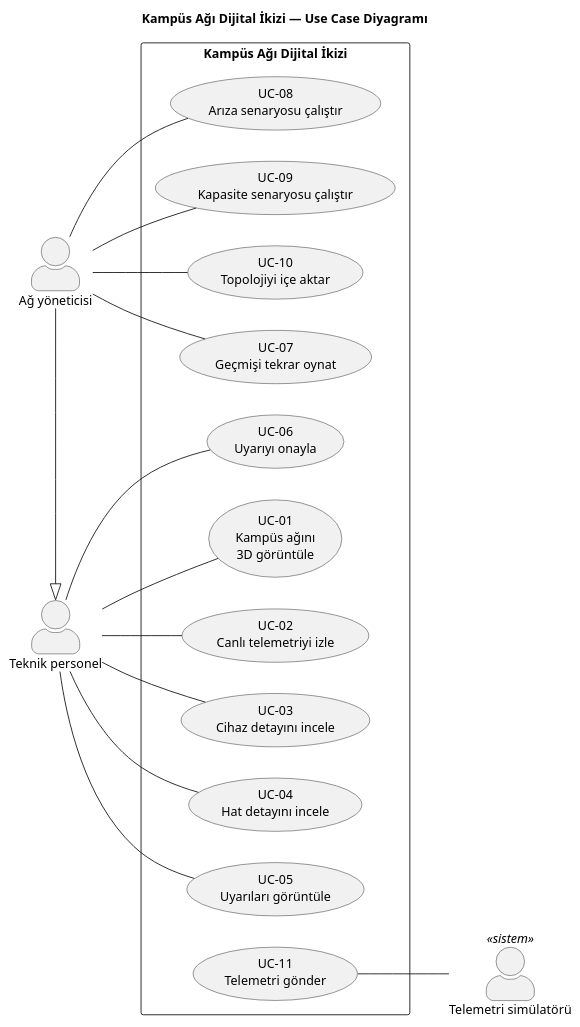
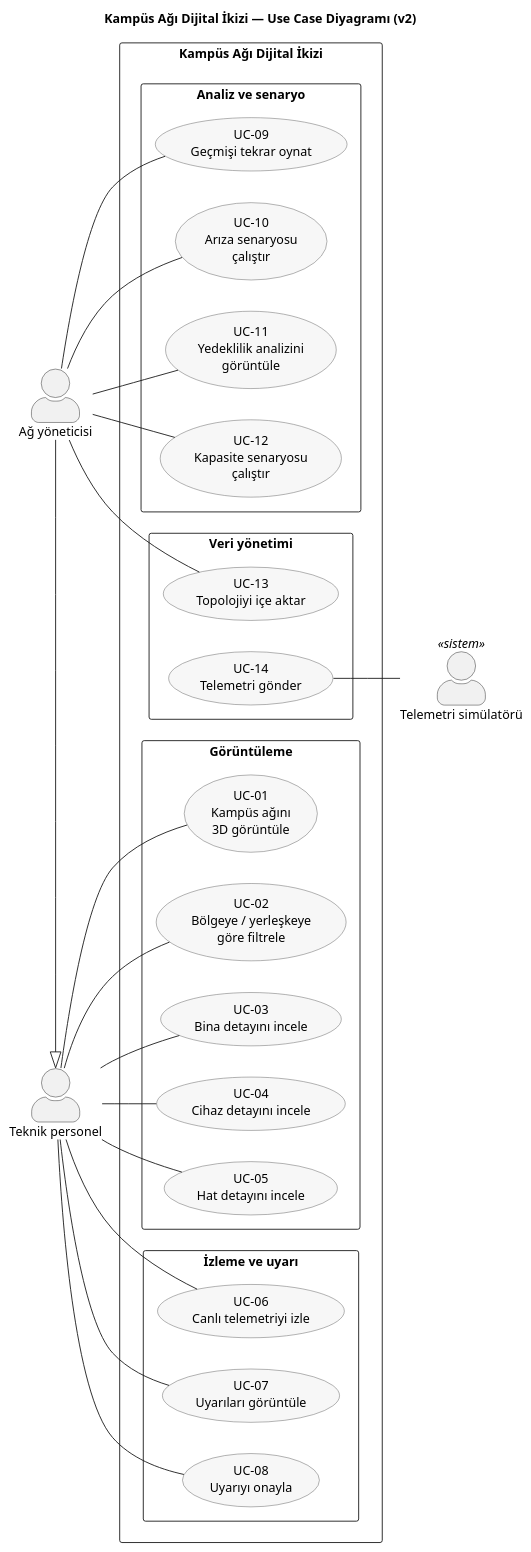
One commit to tugbars13/firat-network-digital-twin changed the diagram in docs/diagrams/use-case.puml. Above: the diagram before and after it, drawn with PlantUML. The commit also changed 10 other files, not shown here.

Commit message:
Use case diyagramı güncellendi

```diff
--- a/docs/diagrams/use-case.puml
+++ b/docs/diagrams/use-case.puml
@@ -1,43 +1,61 @@
 @startuml
 left to right direction
 skinparam actorStyle awesome
 skinparam packageStyle rectangle
 skinparam shadowing false
 skinparam defaultFontName Arial
+skinparam usecase {
+  BackgroundColor #F7F7F7
+  BorderColor #555555
+}
 
-title Kampüs Ağı Dijital İkizi — Use Case Diyagramı
+title Kampüs Ağı Dijital İkizi — Use Case Diyagramı (v2)
 
 actor "Teknik personel" as Tek
 actor "Ağ yöneticisi" as Yon
 actor "Telemetri simülatörü" as Sim <<sistem>>
 
 Yon -|> Tek
 
 rectangle "Kampüs Ağı Dijital İkizi" {
-  usecase "UC-01\nKampüs ağını\n3D görüntüle" as UC01
-  usecase "UC-02\nCanlı telemetriyi izle" as UC02
-  usecase "UC-03\nCihaz detayını incele" as UC03
-  usecase "UC-04\nHat detayını incele" as UC04
-  usecase "UC-05\nUyarıları görüntüle" as UC05
-  usecase "UC-06\nUyarıyı onayla" as UC06
-  usecase "UC-07\nGeçmişi tekrar oynat" as UC07
-  usecase "UC-08\nArıza senaryosu çalıştır" as UC08
-  usecase "UC-09\nKapasite senaryosu çalıştır" as UC09
-  usecase "UC-10\nTopolojiyi içe aktar" as UC10
-  usecase "UC-11\nTelemetri gönder" as UC11
+  package "Görüntüleme" {
+    usecase "UC-01\nKampüs ağını\n3D görüntüle" as UC01
+    usecase "UC-02\nBölgeye / yerleşkeye\ngöre filtrele" as UC02
+    usecase "UC-03\nBina detayını incele" as UC03
+    usecase "UC-04\nCihaz detayını incele" as UC04
+    usecase "UC-05\nHat detayını incele" as UC05
+  }
+  package "İzleme ve uyarı" {
+    usecase "UC-06\nCanlı telemetriyi izle" as UC06
+    usecase "UC-07\nUyarıları görüntüle" as UC07
+    usecase "UC-08\nUyarıyı onayla" as UC08
+  }
+  package "Analiz ve senaryo" {
+    usecase "UC-09\nGeçmişi tekrar oynat" as UC09
+    usecase "UC-10\nArıza senaryosu\nçalıştır" as UC10
+    usecase "UC-11\nYedeklilik analizini\ngörüntüle" as UC11
+    usecase "UC-12\nKapasite senaryosu\nçalıştır" as UC12
+  }
+  package "Veri yönetimi" {
+    usecase "UC-13\nTopolojiyi içe aktar" as UC13
+    usecase "UC-14\nTelemetri gönder" as UC14
+  }
 }
 
 Tek -- UC01
 Tek -- UC02
 Tek -- UC03
 Tek -- UC04
 Tek -- UC05
 Tek -- UC06
+Tek -- UC07
+Tek -- UC08
 
-Yon -- UC07
-Yon -- UC08
 Yon -- UC09
 Yon -- UC10
+Yon -- UC11
+Yon -- UC12
+Yon -- UC13
 
-UC11 -- Sim
+UC14 -- Sim
 @enduml
```
